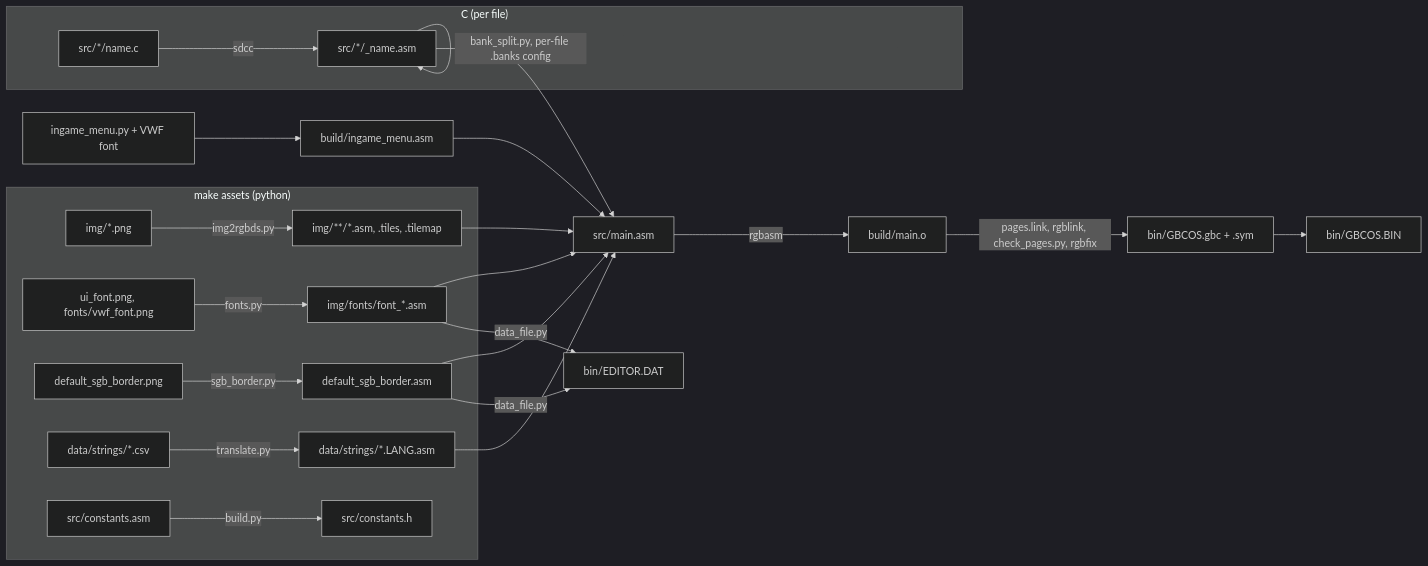
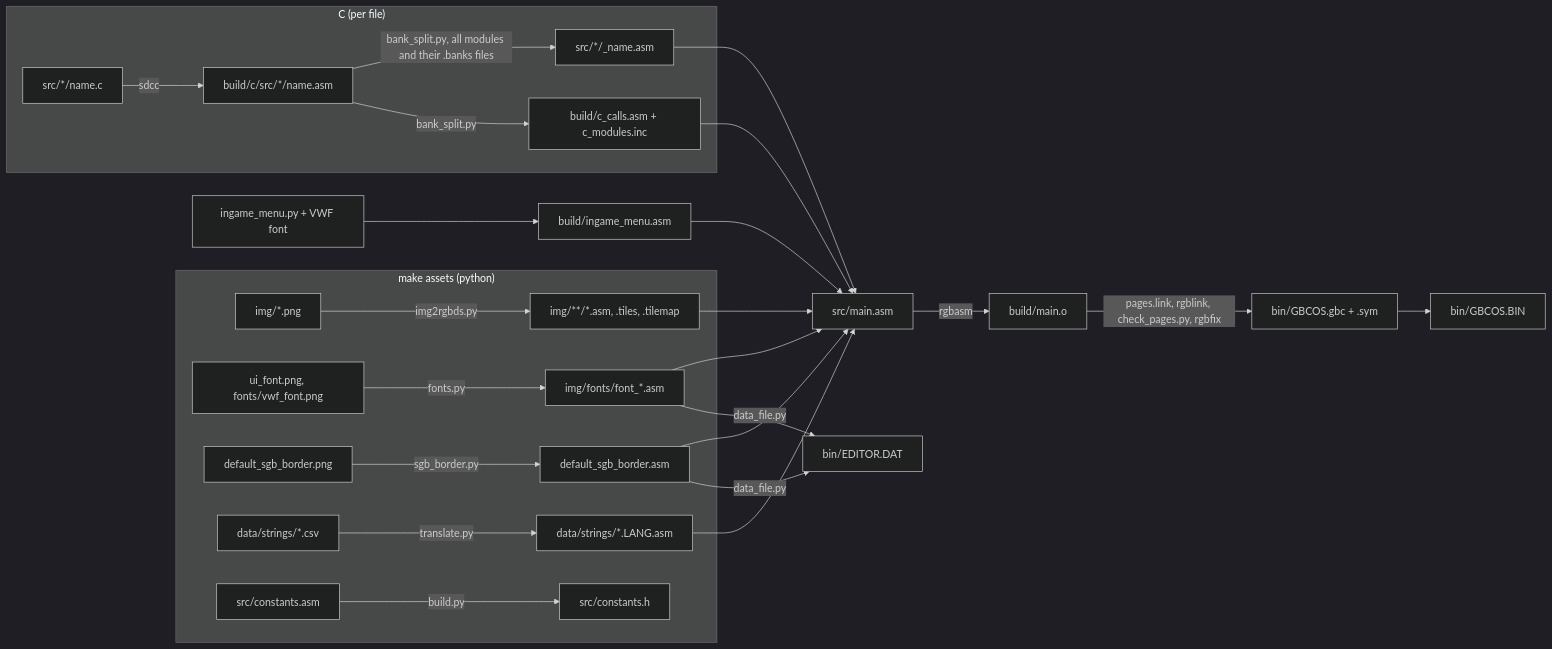
Before and after one commit to Q-Bert-Reynolds/fatpak: the first of 3 diagrams in notes/ARCHITECTURE.md, drawn with Mermaid (dark theme). The commit also changed other lines of this file and 138 other files, not shown here.

````diff
--- a/notes/ARCHITECTURE.md
+++ b/notes/ARCHITECTURE.md
@@ -27,21 +27,22 @@
 ```mermaid
 flowchart LR
   subgraph assets["make assets (python)"]
     png[img/*.png] -->|img2rgbds.py| imgasm[img/**/*.asm, .tiles, .tilemap]
     fontpng[ui_font.png, fonts/vwf_font.png] -->|fonts.py| fontasm[img/fonts/font_*.asm]
     border[default_sgb_border.png] -->|sgb_border.py| borderasm[default_sgb_border.asm]
     csv[data/strings/*.csv] -->|translate.py| strasm[data/strings/*.LANG.asm]
     consts[src/constants.asm] -->|build.py| consth[src/constants.h]
   end
   subgraph c["C (per file)"]
-    cfile[src/*/name.c] -->|sdcc| casm[src/*/_name.asm]
-    casm -->|bank_split.py, per-file .banks config| casm
+    cfile[src/*/name.c] -->|sdcc| raw[build/c/src/*/name.asm]
+    raw -->|bank_split.py, all modules and their .banks files| casm[src/*/_name.asm]
+    raw -->|bank_split.py| calls[build/c_calls.asm + c_modules.inc]
   end
   main[src/main.asm] -->|rgbasm| obj[build/main.o]
-  imgasm & fontasm & borderasm & strasm & casm --> main
+  imgasm & fontasm & borderasm & strasm & casm & calls --> main
   menu[ingame_menu.py + VWF font] --> menugfx[build/ingame_menu.asm]
   menugfx --> main
   obj -->|pages.link, rgblink, check_pages.py, rgbfix| rom[bin/GBCOS.gbc + .sym]
   rom --> os[bin/GBCOS.BIN]
   fontasm & borderasm -->|data_file.py| data[bin/EDITOR.DAT]
 ```
````
